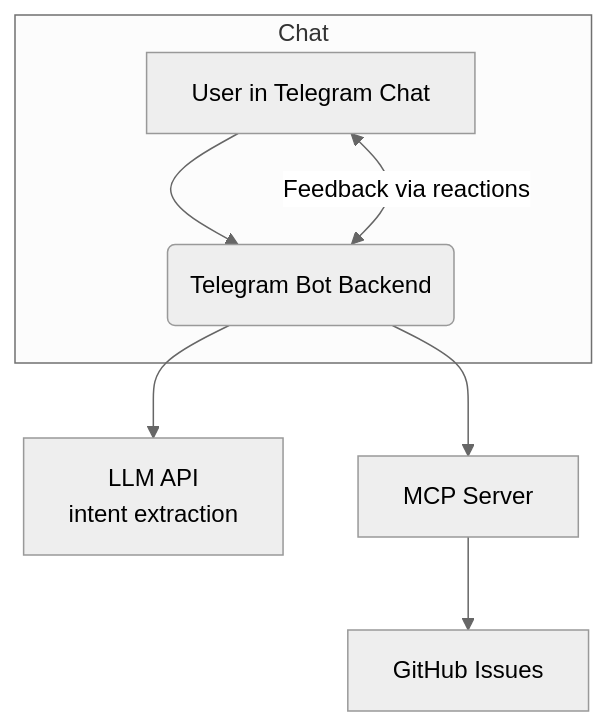
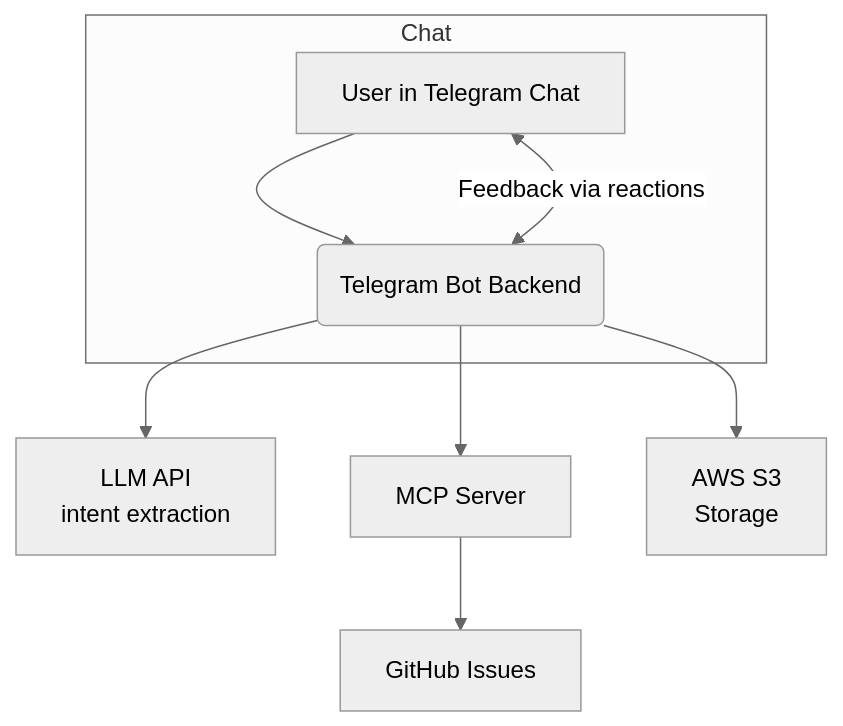
The diagram in README.md (imajus/telegit), drawn with Mermaid (neutral theme) before and after one commit. The commit also changed other lines of this file and 2 other files, not shown here.

````diff
--- a/README.md
+++ b/README.md
@@ -37,10 +42,11 @@
 ```mermaid
 flowchart TD
   subgraph Chat
     A[User in Telegram Chat] --> B(Telegram Bot Backend)
   end
   B --> C[LLM API<br/>intent extraction]
   B --> D[MCP Server]
   D --> E[GitHub Issues]
+  B --> F[AWS S3<br/>Storage]
   B <-->|Feedback via reactions| A
 ```
````
